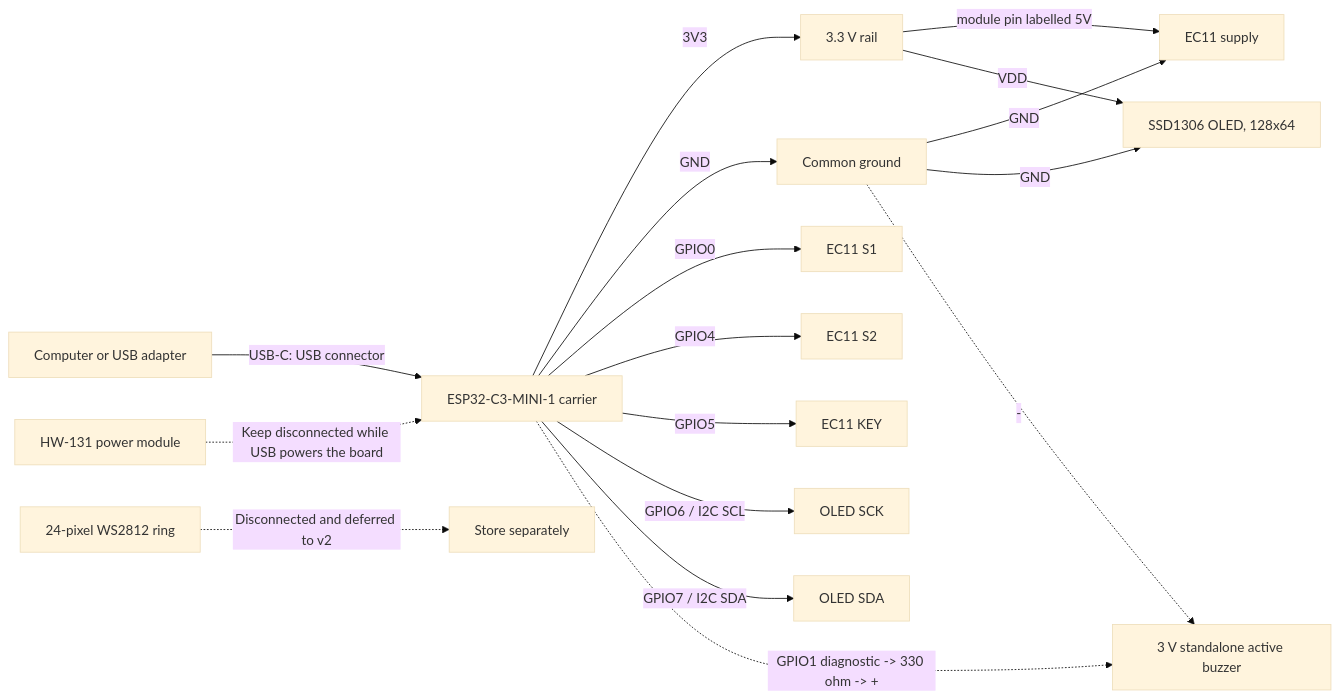
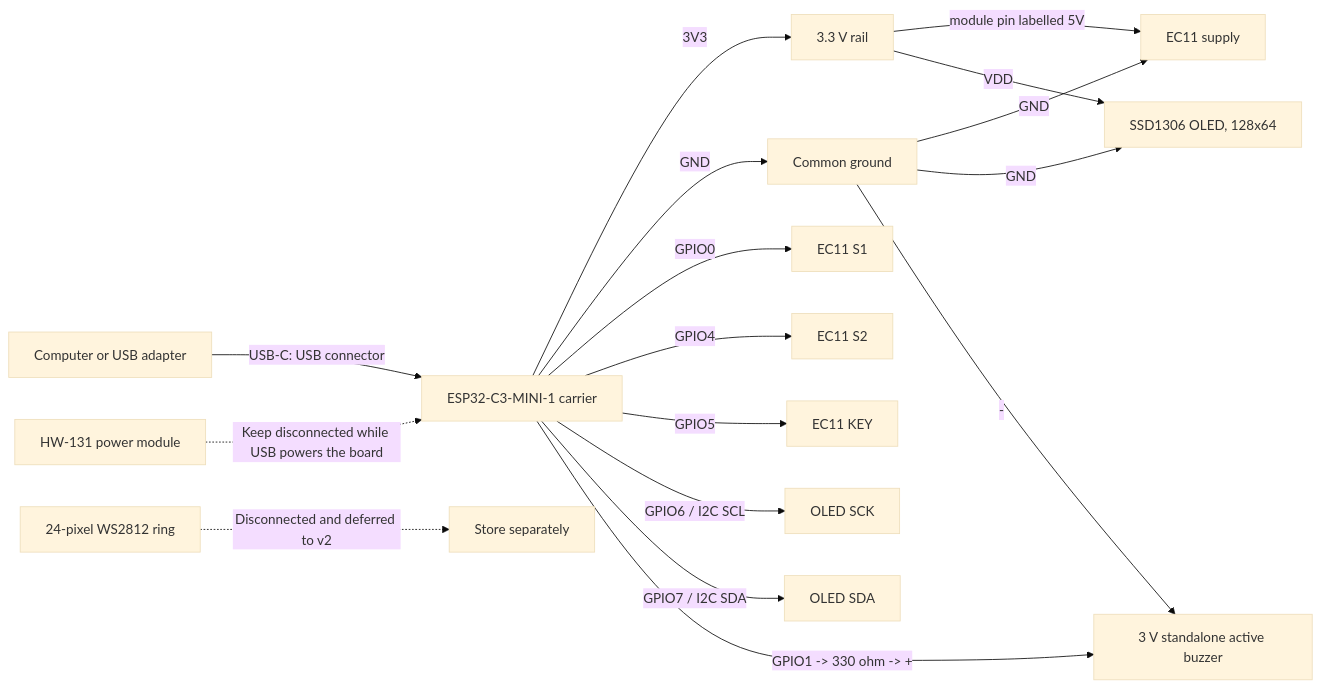
One commit to jarto666/focus-timer changed the diagram in docs/wiring.md. Above: the diagram before and after it, drawn with Mermaid (base theme). The commit also changed other lines of this file and 58 other files, not shown here.

````diff
--- a/docs/wiring.md
+++ b/docs/wiring.md
@@ -10,23 +10,23 @@
 ```mermaid
 flowchart LR
     USB["Computer or USB adapter"] -->|"USB-C: USB connector"| ESP["ESP32-C3-MINI-1 carrier"]
 
     ESP -->|"3V3"| V3["3.3 V rail"]
     ESP -->|"GND"| GND["Common ground"]
 
     ESP -->|"GPIO0"| S1["EC11 S1"]
     ESP -->|"GPIO4"| S2["EC11 S2"]
     ESP -->|"GPIO5"| KEY["EC11 KEY"]
     V3 -->|"module pin labelled 5V"| ENC["EC11 supply"]
     GND -->|"GND"| ENC
 
     ESP -->|"GPIO6 / I2C SCL"| SCK["OLED SCK"]
     ESP -->|"GPIO7 / I2C SDA"| SDA["OLED SDA"]
     V3 -->|"VDD"| OLED["SSD1306 OLED, 128x64"]
     GND -->|"GND"| OLED
 
-    ESP -.->|"GPIO1 diagnostic -> 330 ohm -> +"| BUZZ["3 V standalone active buzzer"]
-    GND -.->|"-"| BUZZ
+    ESP -->|"GPIO1 -> 330 ohm -> +"| BUZZ["3 V standalone active buzzer"]
+    GND -->|"-"| BUZZ
     RING["24-pixel WS2812 ring"] -.->|"Disconnected and deferred to v2"| STORAGE["Store separately"]
     OFF["HW-131 power module"] -.->|"Keep disconnected while USB powers the board"| ESP
 ```
````
